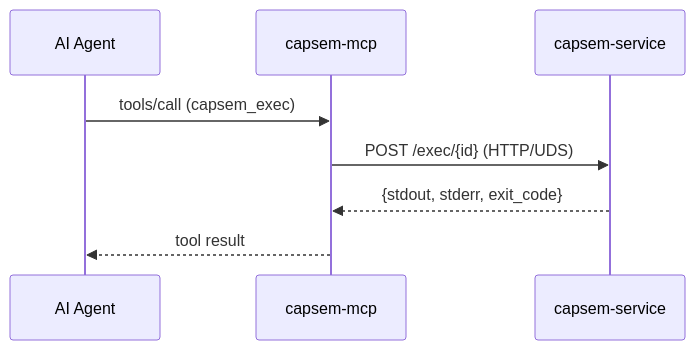
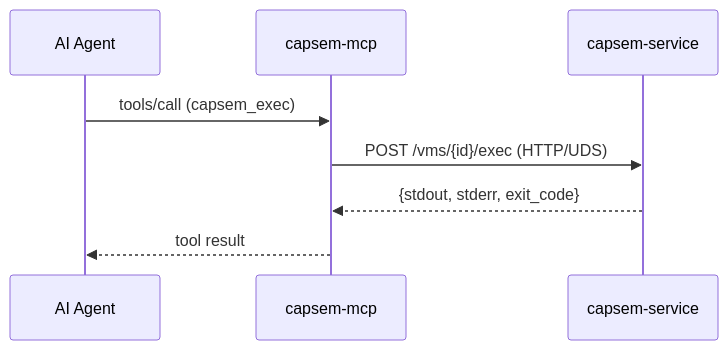
One commit to google/capsem changed the second of 4 diagrams in docs/src/content/docs/architecture/mcp-gateway.md. Above: the diagram before and after it, drawn with Mermaid. The commit also changed other lines of this file and 71 other files, not shown here.

````diff
--- a/docs/src/content/docs/architecture/mcp-gateway.md
+++ b/docs/src/content/docs/architecture/mcp-gateway.md
@@ -50,11 +50,11 @@
 ```mermaid
 sequenceDiagram
     participant Agent as AI Agent
     participant MCP as capsem-mcp
     participant Svc as capsem-service
 
     Agent->>MCP: tools/call (capsem_exec)
-    MCP->>Svc: POST /exec/{id} (HTTP/UDS)
+    MCP->>Svc: POST /vms/{id}/exec (HTTP/UDS)
     Svc-->>MCP: {stdout, stderr, exit_code}
     MCP-->>Agent: tool result
 ```
````
